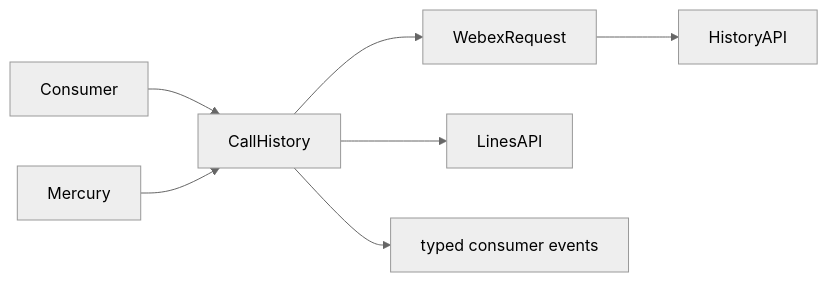
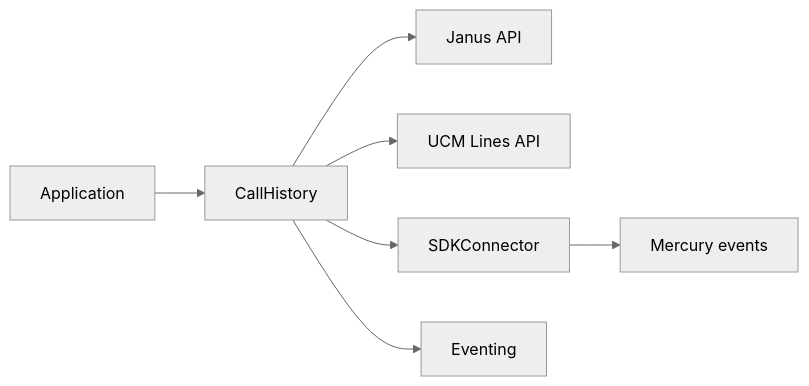
One commit to webex/webex-js-sdk changed the seventh of 7 diagrams in packages/calling/src/CallHistory/ai-docs/call-history-spec.md. Above: the diagram before and after it, drawn with Mermaid (neutral theme). The commit also changed other lines of this file and 59 other files, not shown here.

````diff
--- a/packages/calling/src/CallHistory/ai-docs/call-history-spec.md
+++ b/packages/calling/src/CallHistory/ai-docs/call-history-spec.md
@@ -67,6 +487,9 @@
 ```mermaid
 flowchart LR
-  Consumer --> CallHistory --> WebexRequest --> HistoryAPI
-  CallHistory --> LinesAPI
-  Mercury --> CallHistory --> Events[typed consumer events]
+  App[Application] --> CH[CallHistory]
+  CH --> Janus[Janus API]
+  CH --> Lines[UCM Lines API]
+  CH --> SDK[SDKConnector]
+  SDK --> Mercury[Mercury events]
+  CH --> Events[Eventing]
 ```
````
